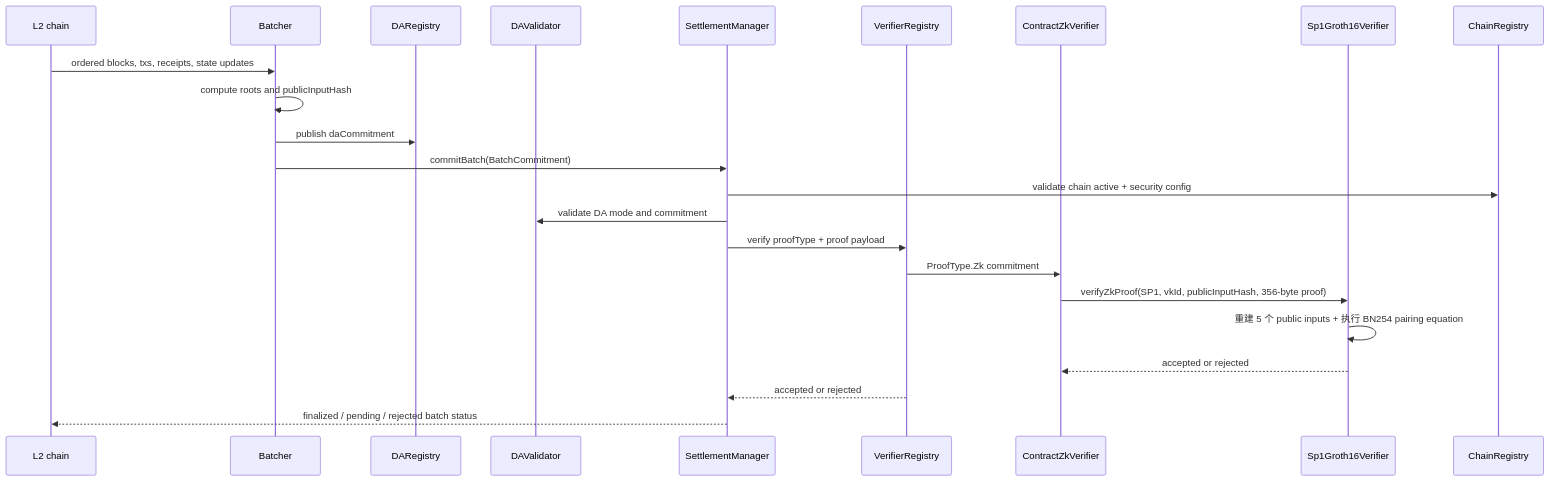
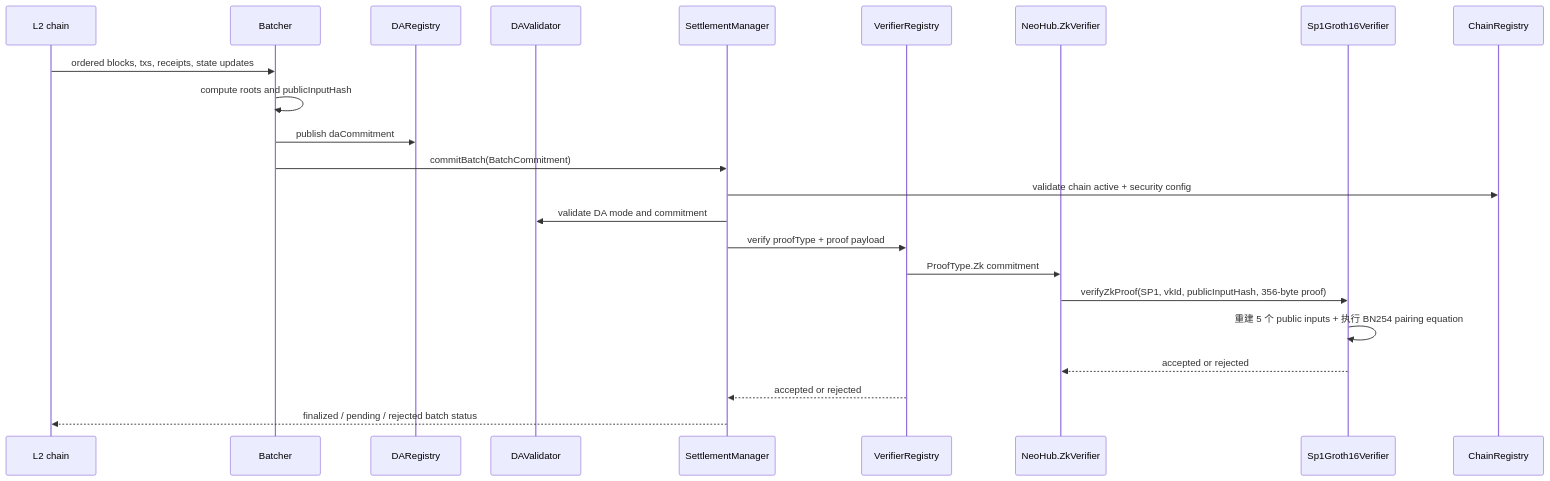
Before and after one commit to r3e-network/neo-n4: the fifth of 10 diagrams in docs/zh/neohub-architecture-and-workflows.md, drawn with Mermaid. The commit also changed other lines of this file and 220 other files, not shown here.

First line of the commit message:
feat: architecture optimization - security hardening, testing infra, docs system

````diff
--- a/docs/zh/neohub-architecture-and-workflows.md
+++ b/docs/zh/neohub-architecture-and-workflows.md
@@ -222,26 +228,26 @@
 ```mermaid
 sequenceDiagram
     participant L2 as L2 chain
     participant Batcher as Batcher
     participant DA as DARegistry
     participant DAVal as DAValidator
     participant Settle as SettlementManager
     participant Verifier as VerifierRegistry
-    participant NativeZk as ContractZkVerifier
+    participant NativeZk as NeoHub.ZkVerifier
     participant Sp1 as Sp1Groth16Verifier
     participant Chain as ChainRegistry
 
     L2->>Batcher: ordered blocks, txs, receipts, state updates
     Batcher->>Batcher: compute roots and publicInputHash
     Batcher->>DA: publish daCommitment
     Batcher->>Settle: commitBatch(BatchCommitment)
     Settle->>Chain: validate chain active + security config
     Settle->>DAVal: validate DA mode and commitment
     Settle->>Verifier: verify proofType + proof payload
     Verifier->>NativeZk: ProofType.Zk commitment
     NativeZk->>Sp1: verifyZkProof(SP1, vkId, publicInputHash, 356-byte proof)
     Sp1->>Sp1: 重建 5 个 public inputs + 执行 BN254 pairing equation
     Sp1-->>NativeZk: accepted or rejected
     Verifier-->>Settle: accepted or rejected
     Settle-->>L2: finalized / pending / rejected batch status
 ```
````
